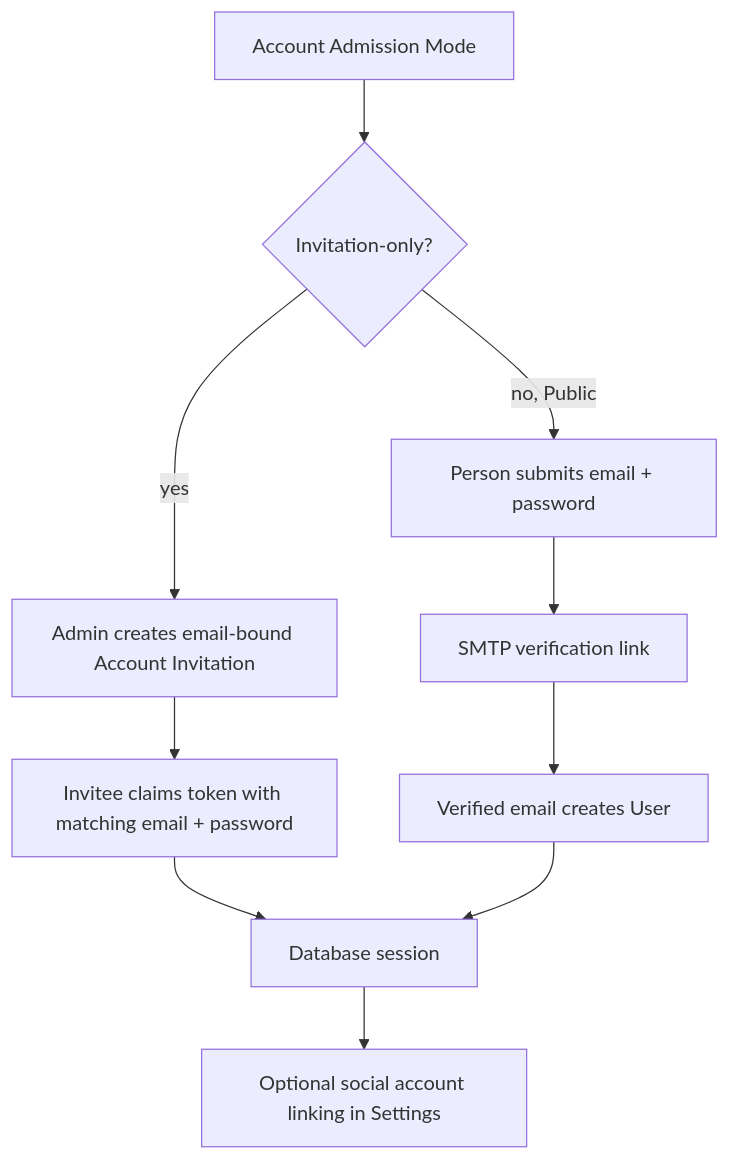
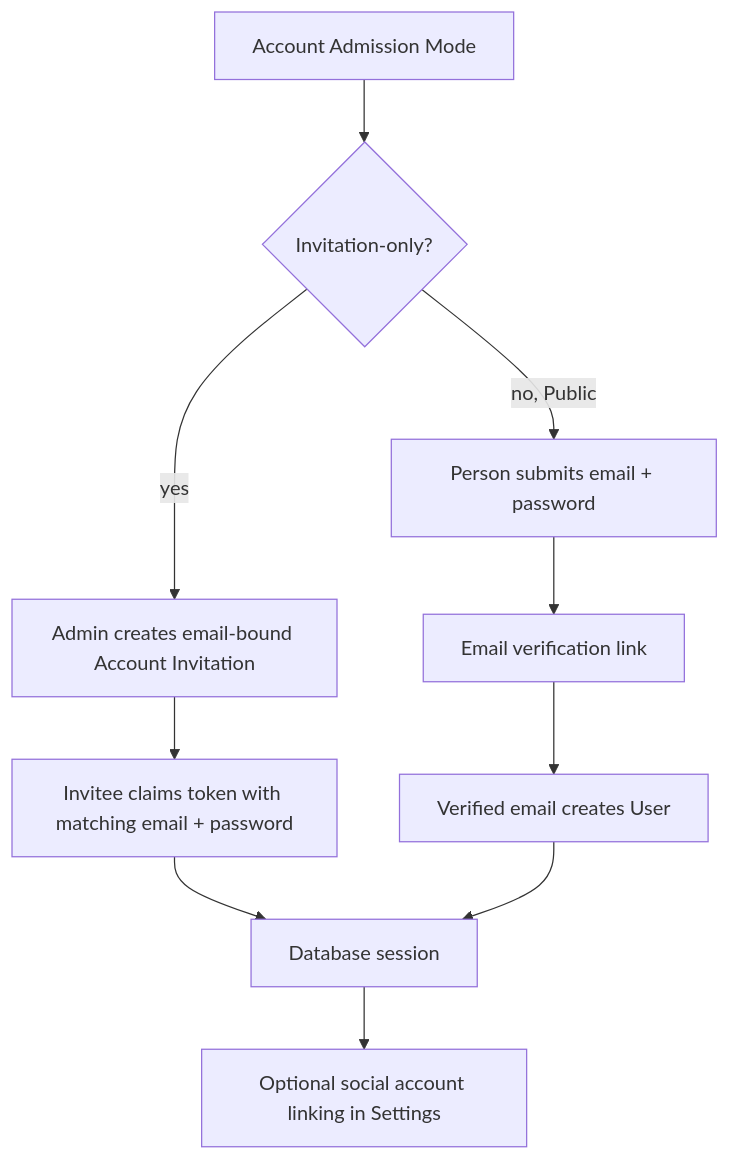
The diagram in docs/access/account-admission.md (huangyingting/ReadWise), drawn with Mermaid before and after one commit. The commit also changed other lines of this file and 21 other files, not shown here.

````diff
--- a/docs/access/account-admission.md
+++ b/docs/access/account-admission.md
@@ -16,12 +16,12 @@
 ```mermaid
 flowchart TD
     n0["Account Admission Mode"] --> n1{"Invitation-only?"}
     n1 -->|yes| n2["Admin creates email-bound Account Invitation"]
     n2 --> n3["Invitee claims token with matching email + password"]
     n1 -->|no, Public| n4["Person submits email + password"]
-    n4 --> n5["SMTP verification link"]
+    n4 --> n5["Email verification link"]
     n5 --> n6["Verified email creates User"]
     n3 --> n7["Database session"]
     n6 --> n7
     n7 --> n8["Optional social account linking in Settings"]
 ```
````
